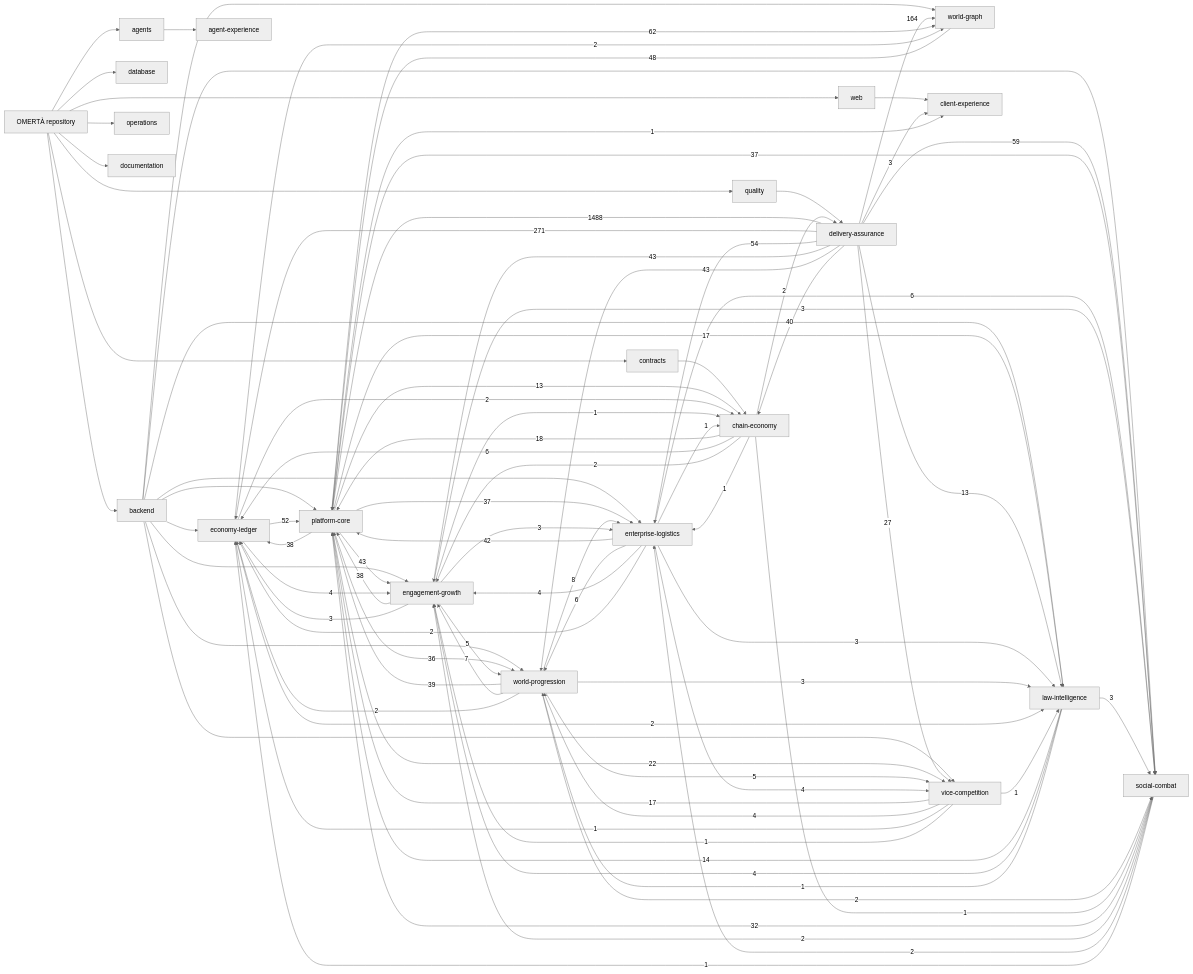
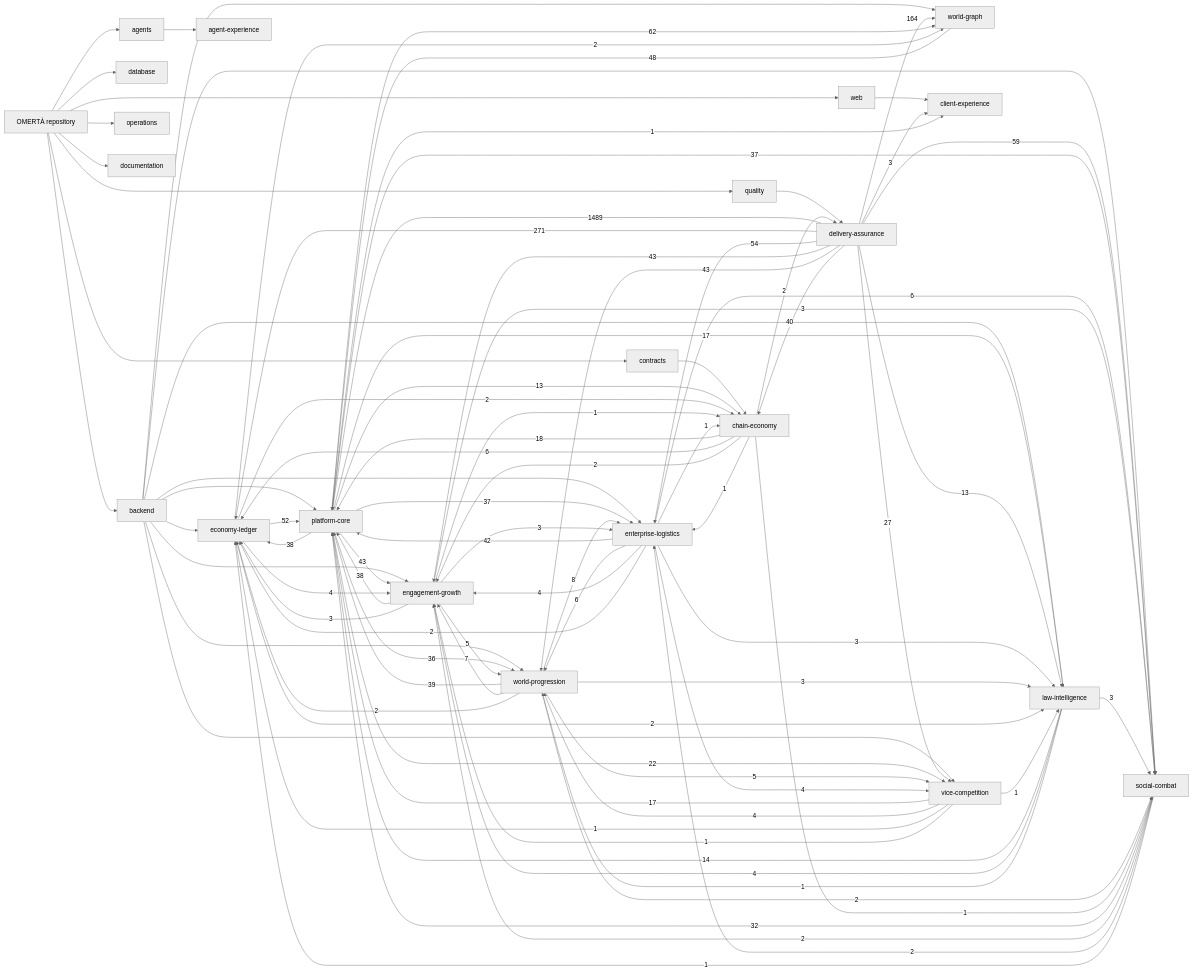
The diagram in knowledge/generated/graph.mmd (OmertaDev/Omerta), drawn with Mermaid (neutral theme) before and after one commit. The commit also changed 5 other files, not shown here.

```diff
--- a/knowledge/generated/graph.mmd
+++ b/knowledge/generated/graph.mmd
@@ -1,111 +1,111 @@
 flowchart LR
   repo["OMERTÀ repository"]
   sub_backend["backend"]
   repo --> sub_backend
   sub_database["database"]
   repo --> sub_database
   sub_web["web"]
   repo --> sub_web
   sub_contracts["contracts"]
   repo --> sub_contracts
   sub_agents["agents"]
   repo --> sub_agents
   sub_quality["quality"]
   repo --> sub_quality
   sub_operations["operations"]
   repo --> sub_operations
   sub_documentation["documentation"]
   repo --> sub_documentation
   dom_platform-core["platform-core"]
   dom_economy-ledger["economy-ledger"]
   dom_social-combat["social-combat"]
   dom_world-progression["world-progression"]
   dom_world-graph["world-graph"]
   dom_enterprise-logistics["enterprise-logistics"]
   dom_vice-competition["vice-competition"]
   dom_law-intelligence["law-intelligence"]
   dom_chain-economy["chain-economy"]
   dom_engagement-growth["engagement-growth"]
   dom_client-experience["client-experience"]
   dom_agent-experience["agent-experience"]
   dom_delivery-assurance["delivery-assurance"]
   sub_agents --> dom_agent-experience
   sub_backend --> dom_economy-ledger
   sub_backend --> dom_engagement-growth
   sub_backend --> dom_enterprise-logistics
   sub_backend --> dom_law-intelligence
   sub_backend --> dom_platform-core
   sub_backend --> dom_social-combat
   sub_backend --> dom_vice-competition
   sub_backend --> dom_world-graph
   sub_backend --> dom_world-progression
   sub_contracts --> dom_chain-economy
   sub_quality --> dom_delivery-assurance
   sub_web --> dom_client-experience
-  dom_delivery-assurance -->|1488| dom_platform-core
+  dom_delivery-assurance -->|1489| dom_platform-core
   dom_delivery-assurance -->|271| dom_economy-ledger
   dom_delivery-assurance -->|164| dom_world-graph
   dom_platform-core -->|62| dom_world-graph
   dom_delivery-assurance -->|59| dom_social-combat
   dom_delivery-assurance -->|54| dom_enterprise-logistics
   dom_economy-ledger -->|52| dom_platform-core
   dom_world-graph -->|48| dom_platform-core
   dom_delivery-assurance -->|43| dom_engagement-growth
   dom_delivery-assurance -->|43| dom_world-progression
   dom_platform-core -->|43| dom_engagement-growth
   dom_enterprise-logistics -->|42| dom_platform-core
   dom_delivery-assurance -->|40| dom_chain-economy
   dom_world-progression -->|39| dom_platform-core
   dom_engagement-growth -->|38| dom_platform-core
   dom_platform-core -->|38| dom_economy-ledger
   dom_platform-core -->|37| dom_enterprise-logistics
   dom_platform-core -->|37| dom_social-combat
   dom_platform-core -->|36| dom_world-progression
   dom_social-combat -->|32| dom_platform-core
   dom_delivery-assurance -->|27| dom_vice-competition
   dom_platform-core -->|22| dom_vice-competition
   dom_chain-economy -->|18| dom_platform-core
   dom_platform-core -->|17| dom_law-intelligence
   dom_vice-competition -->|17| dom_platform-core
   dom_law-intelligence -->|14| dom_platform-core
   dom_delivery-assurance -->|13| dom_law-intelligence
   dom_platform-core -->|13| dom_chain-economy
   dom_world-progression -->|8| dom_enterprise-logistics
   dom_world-progression -->|7| dom_engagement-growth
   dom_chain-economy -->|6| dom_economy-ledger
   dom_enterprise-logistics -->|6| dom_social-combat
   dom_enterprise-logistics -->|6| dom_world-progression
   dom_engagement-growth -->|5| dom_world-progression
   dom_world-progression -->|5| dom_vice-competition
   dom_economy-ledger -->|4| dom_engagement-growth
   dom_enterprise-logistics -->|4| dom_engagement-growth
   dom_enterprise-logistics -->|4| dom_vice-competition
   dom_law-intelligence -->|4| dom_engagement-growth
   dom_vice-competition -->|4| dom_world-progression
   dom_delivery-assurance -->|3| dom_client-experience
   dom_engagement-growth -->|3| dom_economy-ledger
   dom_engagement-growth -->|3| dom_enterprise-logistics
   dom_engagement-growth -->|3| dom_social-combat
   dom_enterprise-logistics -->|3| dom_law-intelligence
   dom_law-intelligence -->|3| dom_social-combat
   dom_world-progression -->|3| dom_law-intelligence
   dom_chain-economy -->|2| dom_delivery-assurance
   dom_chain-economy -->|2| dom_engagement-growth
   dom_economy-ledger -->|2| dom_chain-economy
   dom_economy-ledger -->|2| dom_law-intelligence
   dom_economy-ledger -->|2| dom_world-graph
   dom_enterprise-logistics -->|2| dom_economy-ledger
   dom_social-combat -->|2| dom_engagement-growth
   dom_social-combat -->|2| dom_enterprise-logistics
   dom_world-progression -->|2| dom_economy-ledger
   dom_world-progression -->|2| dom_social-combat
   dom_chain-economy -->|1| dom_enterprise-logistics
   dom_chain-economy -->|1| dom_social-combat
   dom_engagement-growth -->|1| dom_chain-economy
   dom_enterprise-logistics -->|1| dom_chain-economy
   dom_law-intelligence -->|1| dom_world-progression
   dom_platform-core -->|1| dom_client-experience
   dom_social-combat -->|1| dom_economy-ledger
   dom_vice-competition -->|1| dom_economy-ledger
   dom_vice-competition -->|1| dom_engagement-growth
   dom_vice-competition -->|1| dom_law-intelligence
```
